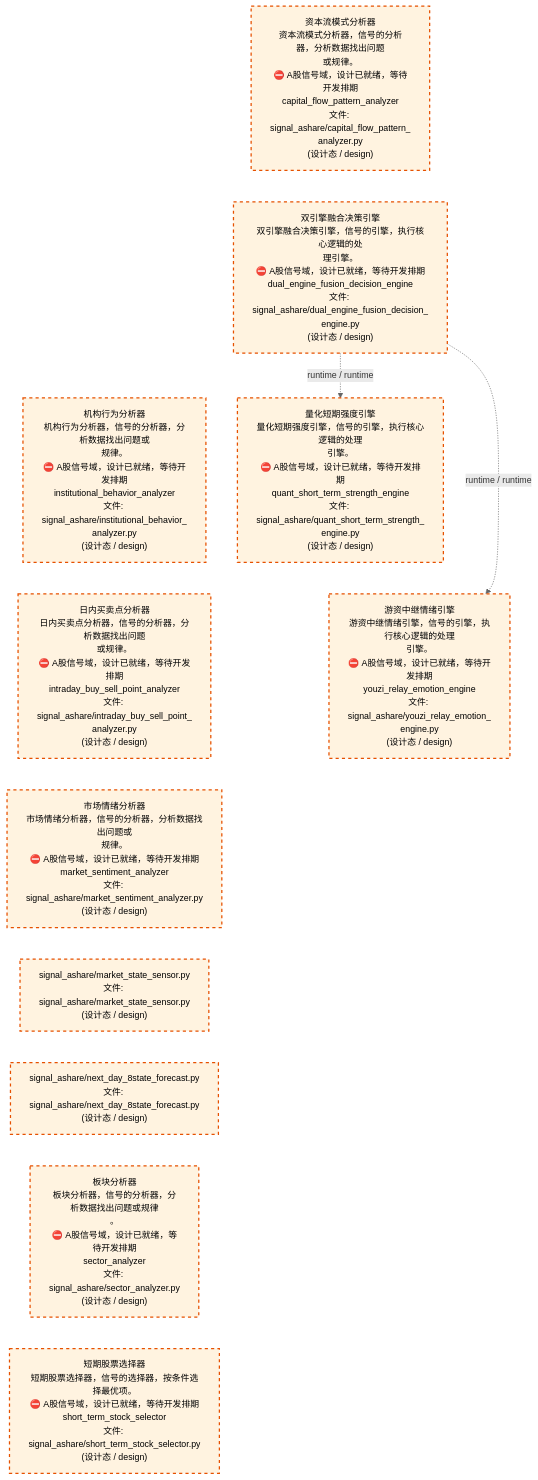
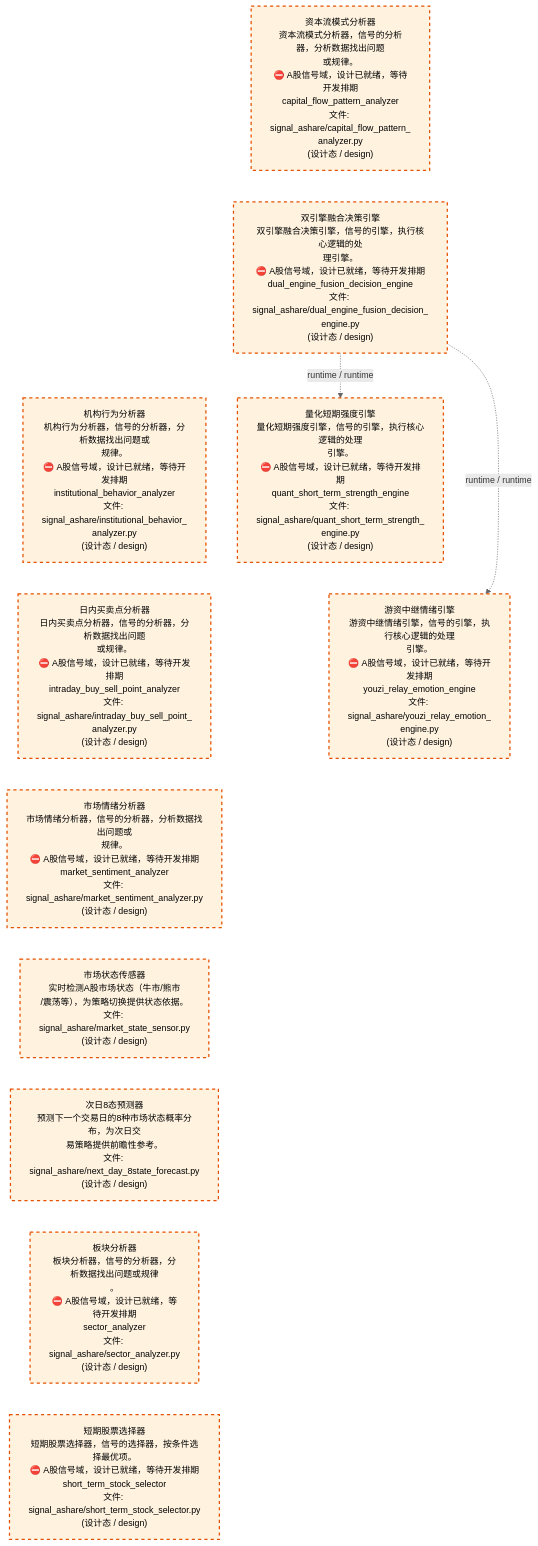
Before and after one commit to xuanFelixVan/ZephyrAlpha: the third of 4 diagrams in docs/02_enterprise_architecture/02_domain_architecture_docs/32_d_ashare_signal.md, drawn with Mermaid. The commit also changed other lines of this file and 60 other files, not shown here.

````diff
--- a/docs/02_enterprise_architecture/02_domain_architecture_docs/32_d_ashare_signal.md
+++ b/docs/02_enterprise_architecture/02_domain_architecture_docs/32_d_ashare_signal.md
@@ -134,31 +134,31 @@
 ```mermaid
 %%{init: {'theme': 'base', 'themeVariables': {'primaryColor': '#eaeaea', 'primaryTextColor': '#333333', 'primaryBorderColor': '#666666', 'lineColor': '#666666', 'secondaryColor': '#eaeaea', 'tertiaryColor': '#eaeaea', 'fontSize': '14px'}}}%%
 flowchart TD
     src_zephyr_signal_ashare_capital_flow_pattern_analyzer_py["资本流模式分析器<br/>资本流模式分析器，信号的分析器，分析数据找出问题<br/>或规律。<br/>⛔ A股信号域，设计已就绪，等待开发排期<br/>capital_flow_pattern_analyzer<br/>文件: signal_ashare/capital_flow_pattern_<br/>analyzer.py<br/>(设计态 / design)"]
     src_zephyr_signal_ashare_dual_engine_fusion_decision_engine_py["双引擎融合决策引擎<br/>双引擎融合决策引擎，信号的引擎，执行核心逻辑的处<br/>理引擎。<br/>⛔ A股信号域，设计已就绪，等待开发排期<br/>dual_engine_fusion_decision_engine<br/>文件: signal_ashare/dual_engine_fusion_decision_<br/>engine.py<br/>(设计态 / design)"]
     src_zephyr_signal_ashare_institutional_behavior_analyzer_py["机构行为分析器<br/>机构行为分析器，信号的分析器，分析数据找出问题或<br/>规律。<br/>⛔ A股信号域，设计已就绪，等待开发排期<br/>institutional_behavior_analyzer<br/>文件: signal_ashare/institutional_behavior_<br/>analyzer.py<br/>(设计态 / design)"]
     src_zephyr_signal_ashare_intraday_buy_sell_point_analyzer_py["日内买卖点分析器<br/>日内买卖点分析器，信号的分析器，分析数据找出问题<br/>或规律。<br/>⛔ A股信号域，设计已就绪，等待开发排期<br/>intraday_buy_sell_point_analyzer<br/>文件: signal_ashare/intraday_buy_sell_point_<br/>analyzer.py<br/>(设计态 / design)"]
     src_zephyr_signal_ashare_market_sentiment_analyzer_py["市场情绪分析器<br/>市场情绪分析器，信号的分析器，分析数据找出问题或<br/>规律。<br/>⛔ A股信号域，设计已就绪，等待开发排期<br/>market_sentiment_analyzer<br/>文件: signal_ashare/market_sentiment_analyzer.py<br/>(设计态 / design)"]
-    src_zephyr_signal_ashare_market_state_sensor_py["signal_ashare/market_state_sensor.py<br/>文件: signal_ashare/market_state_sensor.py<br/>(设计态 / design)"]
-    src_zephyr_signal_ashare_next_day_8state_forecast_py["signal_ashare/next_day_8state_forecast.py<br/>文件: signal_ashare/next_day_8state_forecast.py<br/>(设计态 / design)"]
+    src_zephyr_signal_ashare_market_state_sensor_py["市场状态传感器<br/>实时检测A股市场状态（牛市/熊市<br/>/震荡等），为策略切换提供状态依据。<br/>文件: signal_ashare/market_state_sensor.py<br/>(设计态 / design)"]
+    src_zephyr_signal_ashare_next_day_8state_forecast_py["次日8态预测器<br/>预测下一个交易日的8种市场状态概率分布，为次日交<br/>易策略提供前瞻性参考。<br/>文件: signal_ashare/next_day_8state_forecast.py<br/>(设计态 / design)"]
     src_zephyr_signal_ashare_sector_analyzer_py["板块分析器<br/>板块分析器，信号的分析器，分析数据找出问题或规律<br/>。<br/>⛔ A股信号域，设计已就绪，等待开发排期<br/>sector_analyzer<br/>文件: signal_ashare/sector_analyzer.py<br/>(设计态 / design)"]
     src_zephyr_signal_ashare_short_term_stock_selector_py["短期股票选择器<br/>短期股票选择器，信号的选择器，按条件选择最优项。<br/>⛔ A股信号域，设计已就绪，等待开发排期<br/>short_term_stock_selector<br/>文件: signal_ashare/short_term_stock_selector.py<br/>(设计态 / design)"]
     src_zephyr_signal_ashare_capital_flow_pattern_analyzer_py ~~~ src_zephyr_signal_ashare_dual_engine_fusion_decision_engine_py
     src_zephyr_signal_ashare_dual_engine_fusion_decision_engine_py ~~~ src_zephyr_signal_ashare_institutional_behavior_analyzer_py
     src_zephyr_signal_ashare_institutional_behavior_analyzer_py ~~~ src_zephyr_signal_ashare_intraday_buy_sell_point_analyzer_py
     src_zephyr_signal_ashare_intraday_buy_sell_point_analyzer_py ~~~ src_zephyr_signal_ashare_market_sentiment_analyzer_py
     src_zephyr_signal_ashare_market_sentiment_analyzer_py ~~~ src_zephyr_signal_ashare_market_state_sensor_py
     src_zephyr_signal_ashare_market_state_sensor_py ~~~ src_zephyr_signal_ashare_next_day_8state_forecast_py
     src_zephyr_signal_ashare_next_day_8state_forecast_py ~~~ src_zephyr_signal_ashare_sector_analyzer_py
     src_zephyr_signal_ashare_sector_analyzer_py ~~~ src_zephyr_signal_ashare_short_term_stock_selector_py
     src_zephyr_signal_ashare_quant_short_term_strength_engine_py["量化短期强度引擎<br/>量化短期强度引擎，信号的引擎，执行核心逻辑的处理<br/>引擎。<br/>⛔ A股信号域，设计已就绪，等待开发排期<br/>quant_short_term_strength_engine<br/>文件: signal_ashare/quant_short_term_strength_<br/>engine.py<br/>(设计态 / design)"]
     src_zephyr_signal_ashare_youzi_relay_emotion_engine_py["游资中继情绪引擎<br/>游资中继情绪引擎，信号的引擎，执行核心逻辑的处理<br/>引擎。<br/>⛔ A股信号域，设计已就绪，等待开发排期<br/>youzi_relay_emotion_engine<br/>文件: signal_ashare/youzi_relay_emotion_<br/>engine.py<br/>(设计态 / design)"]
     src_zephyr_signal_ashare_quant_short_term_strength_engine_py ~~~ src_zephyr_signal_ashare_youzi_relay_emotion_engine_py
     src_zephyr_signal_ashare_dual_engine_fusion_decision_engine_py -.->|runtime / runtime| src_zephyr_signal_ashare_youzi_relay_emotion_engine_py
     src_zephyr_signal_ashare_dual_engine_fusion_decision_engine_py -.->|runtime / runtime| src_zephyr_signal_ashare_quant_short_term_strength_engine_py
     classDef production fill:#e1f5fe,stroke:#01579b,stroke-width:2px,color:#000
     classDef design fill:#fff3e0,stroke:#e65100,stroke-width:2px,color:#000,stroke-dasharray: 5 5
     classDef external_prod fill:#e8f4fd,stroke:#0277bd,stroke-width:1px,color:#000
     classDef external_design fill:#fff8e7,stroke:#ef6c00,stroke-width:1px,color:#000,stroke-dasharray: 5 5
     class src_zephyr_signal_ashare_capital_flow_pattern_analyzer_py,src_zephyr_signal_ashare_dual_engine_fusion_decision_engine_py,src_zephyr_signal_ashare_institutional_behavior_analyzer_py,src_zephyr_signal_ashare_intraday_buy_sell_point_analyzer_py,src_zephyr_signal_ashare_market_sentiment_analyzer_py,src_zephyr_signal_ashare_market_state_sensor_py,src_zephyr_signal_ashare_next_day_8state_forecast_py,src_zephyr_signal_ashare_quant_short_term_strength_engine_py,src_zephyr_signal_ashare_sector_analyzer_py,src_zephyr_signal_ashare_short_term_stock_selector_py,src_zephyr_signal_ashare_youzi_relay_emotion_engine_py design
 ```
````
